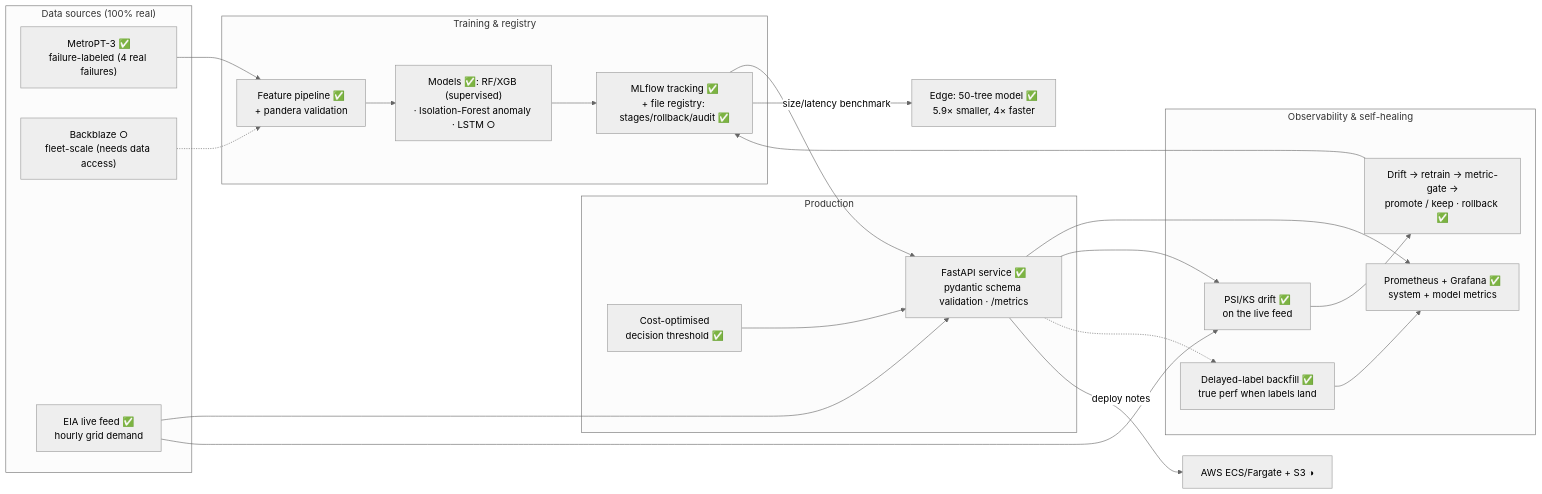
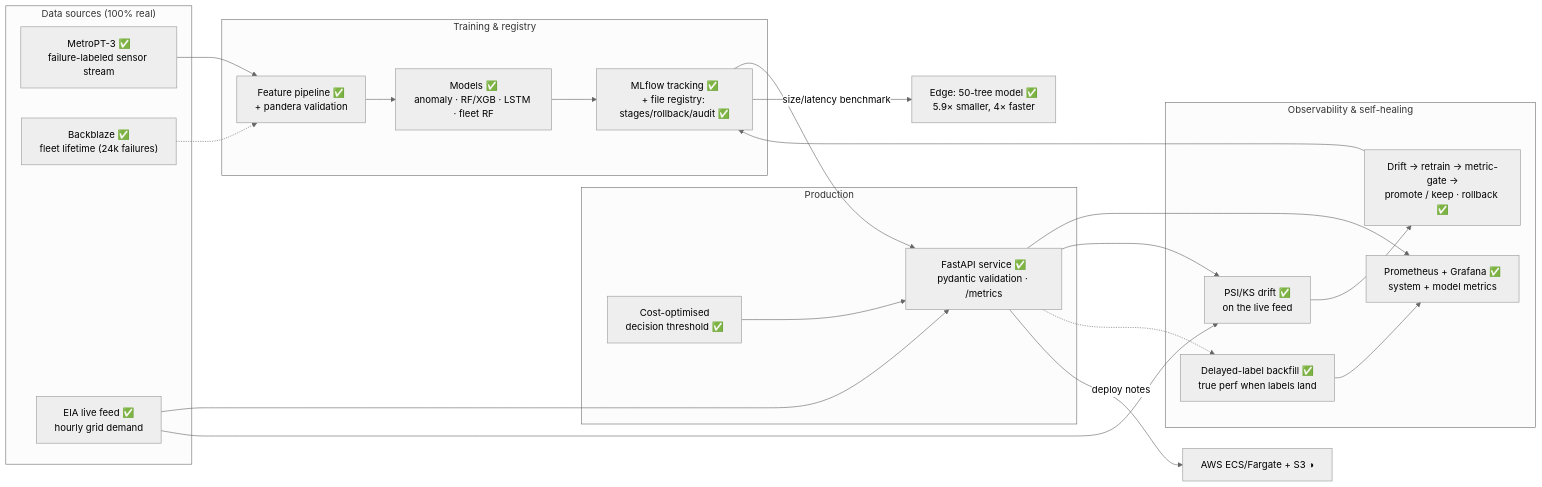
Before and after one commit to rpatel0022/gridsentinel-predictive-maintenance: the first of 2 diagrams in docs/architecture.md, drawn with Mermaid (neutral theme). The commit also changed other lines of this file and 14 other files, not shown here.

First line of the commit message:
docs: production-grade repo reorg — README, architecture, declutter

````diff
--- a/docs/architecture.md
+++ b/docs/architecture.md
@@ -6,40 +20,40 @@
 ```mermaid
 flowchart LR
     subgraph Data["Data sources (100% real)"]
-        DS1["MetroPT-3 ✅<br/>failure-labeled (4 real failures)"]
-        DS2["Backblaze ○<br/>fleet-scale (needs data access)"]
+        DS1["MetroPT-3 ✅<br/>failure-labeled sensor stream"]
+        DS2["Backblaze ✅<br/>fleet lifetime (24k failures)"]
         LF["EIA live feed ✅<br/>hourly grid demand"]
     end
 
     subgraph Train["Training & registry"]
         FP["Feature pipeline ✅<br/>+ pandera validation"]
-        ML["Models ✅: RF/XGB (supervised)<br/>· Isolation-Forest anomaly · LSTM ○"]
+        ML["Models ✅<br/>anomaly · RF/XGB · LSTM · fleet RF"]
         REG["MLflow tracking ✅<br/>+ file registry: stages/rollback/audit ✅"]
     end
 
     subgraph Serve["Production"]
-        API["FastAPI service ✅<br/>pydantic schema validation · /metrics"]
+        API["FastAPI service ✅<br/>pydantic validation · /metrics"]
         COST["Cost-optimised<br/>decision threshold ✅"]
     end
 
     subgraph Ops["Observability & self-healing"]
         MON["Prometheus + Grafana ✅<br/>system + model metrics"]
         DRIFT["PSI/KS drift ✅<br/>on the live feed"]
         RETRAIN["Drift → retrain → metric-gate →<br/>promote / keep · rollback ✅"]
         BF["Delayed-label backfill ✅<br/>true perf when labels land"]
     end
 
     DS1 --> FP
     DS2 -.-> FP
     FP --> ML --> REG --> API
     COST --> API
     LF --> API
     API --> MON
     LF --> DRIFT
     API --> DRIFT
     DRIFT --> RETRAIN --> REG
     API -.-> BF --> MON
 
     API -->|deploy notes| AWS["AWS ECS/Fargate + S3 ◑"]
     REG -->|size/latency benchmark| EDGE["Edge: 50-tree model ✅<br/>5.9× smaller, 4× faster"]
 ```
````
